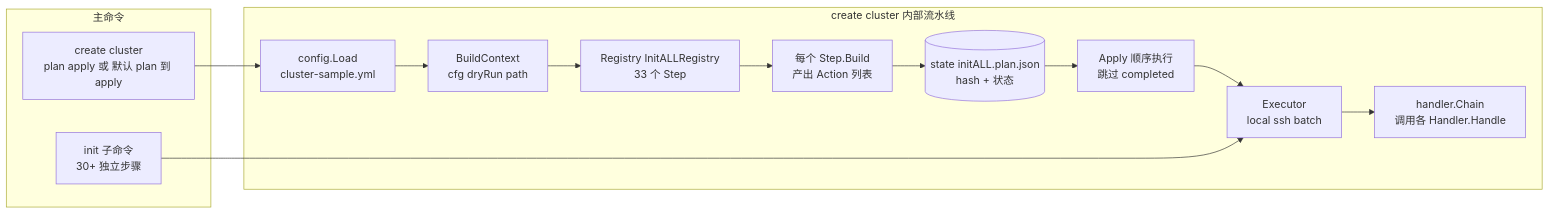
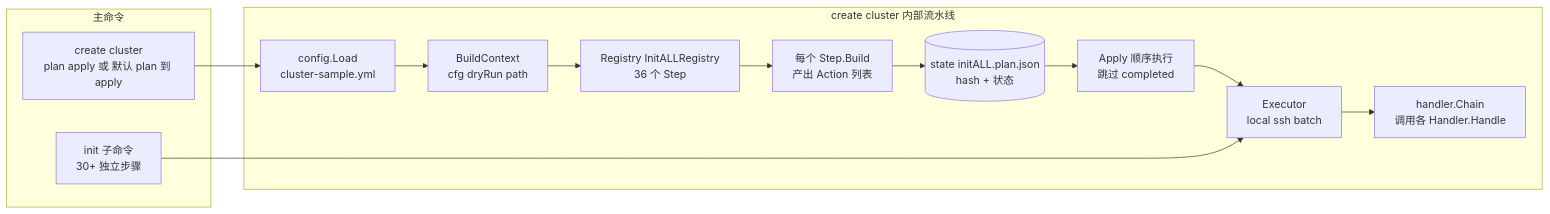
One commit to 88fantasy/datasophon changed the sixth of 9 diagrams in docs/ARCHITECTURE.md. Above: the diagram before and after it, drawn with Mermaid. The commit also changed other lines of this file and 44 other files, not shown here.

````diff
--- a/docs/ARCHITECTURE.md
+++ b/docs/ARCHITECTURE.md
@@ -378,22 +378,22 @@
 ```mermaid
 flowchart LR
     subgraph Subcmds["主命令"]
         initc["init 子命令<br/>30+ 独立步骤"]
         createc["create cluster<br/>plan apply 或 默认 plan 到 apply"]
     end
 
     subgraph Pipeline["create cluster 内部流水线"]
         cfg["config.Load<br/>cluster-sample.yml"]
         bctx["BuildContext<br/>cfg dryRun path"]
-        reg["Registry InitALLRegistry<br/>33 个 Step"]
+        reg["Registry InitALLRegistry<br/>36 个 Step"]
         build["每个 Step.Build<br/>产出 Action 列表"]
         planf[("state initALL.plan.json<br/>hash + 状态")]
         applyp["Apply 顺序执行<br/>跳过 completed"]
         exec["Executor<br/>local ssh batch"]
         chain["handler.Chain<br/>调用各 Handler.Handle"]
     end
 
     cfg --> bctx --> reg --> build --> planf --> applyp --> exec --> chain
     initc --> exec
     createc --> cfg
 ```
````
